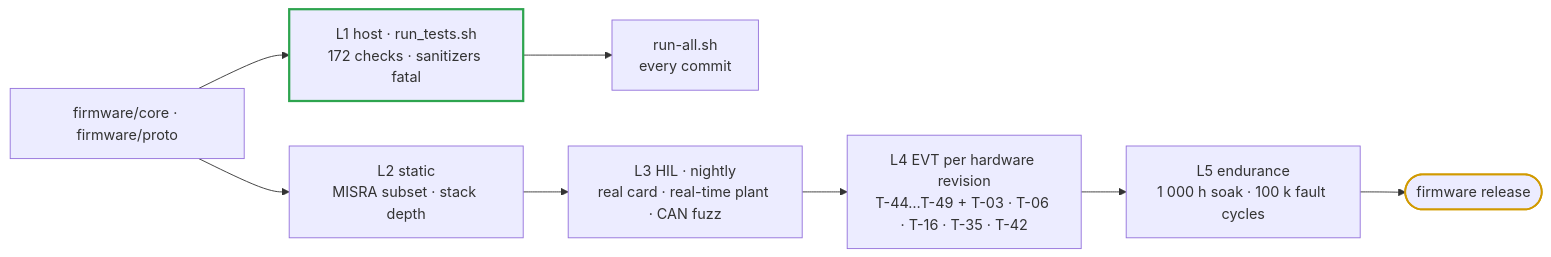
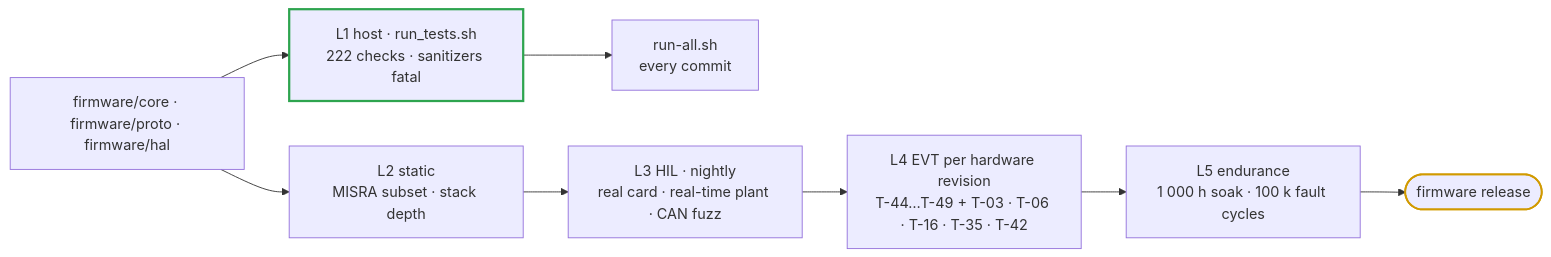
The diagram in docs/firmware-verification.md (vectivolt/DC-Modules), drawn with Mermaid before and after one commit. The commit also changed other lines of this file and 19 other files, not shown here.

````diff
--- a/docs/firmware-verification.md
+++ b/docs/firmware-verification.md
@@ -35,12 +35,12 @@
 ```mermaid
 flowchart LR
-  SRC["firmware/core · firmware/proto"] --> L1["L1 host · run_tests.sh<br/>172 checks · sanitizers fatal"]
+  SRC["firmware/core · firmware/proto · firmware/hal"] --> L1["L1 host · run_tests.sh<br/>222 checks · sanitizers fatal"]
   SRC --> L2["L2 static<br/>MISRA subset · stack depth"]
   L1 --> RA["run-all.sh<br/>every commit"]
   L2 --> L3["L3 HIL · nightly<br/>real card · real-time plant · CAN fuzz"]
   L3 --> L4["L4 EVT per hardware revision<br/>T-44…T-49 + T-03 · T-06 · T-16 · T-35 · T-42"]
   L4 --> L5["L5 endurance<br/>1 000 h soak · 100 k fault cycles"]
   L5 --> REL(["firmware release"])
   style L1 stroke:#2ea44f,stroke-width:2.5px
   style REL stroke:#d19a00,stroke-width:2px
 ```
````
